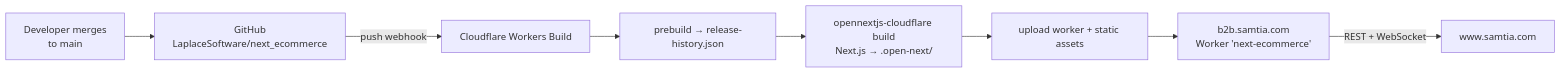
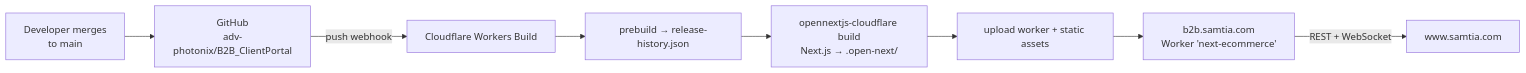
The fifth of 8 diagrams in docs/b2b_ecommerce_docs/_technical_docs/014-Deployment-Architecture.md (LaplaceSoftware/lp_projects_docs), drawn with Mermaid before and after one commit. The commit also changed other lines of this file, not shown here.

````diff
--- a/docs/b2b_ecommerce_docs/_technical_docs/014-Deployment-Architecture.md
+++ b/docs/b2b_ecommerce_docs/_technical_docs/014-Deployment-Architecture.md
@@ -133,10 +140,10 @@
 ```mermaid
 flowchart LR
-    DEV["Developer merges<br/>to main"] --> GH["GitHub<br/>LaplaceSoftware/next_ecommerce"]
+    DEV["Developer merges<br/>to main"] --> GH["GitHub<br/>adv-photonix/B2B_ClientPortal"]
     GH -->|"push webhook"| CFB["Cloudflare Workers Build"]
     CFB --> P1["prebuild → release-history.json"]
     P1 --> P2["opennextjs-cloudflare build<br/>Next.js → .open-next/"]
     P2 --> P3["upload worker + static assets"]
     P3 --> LIVE["b2b.samtia.com<br/>Worker 'next-ecommerce'"]
     LIVE -->|"REST + WebSocket"| ODOO["www.samtia.com"]
 ```
````
